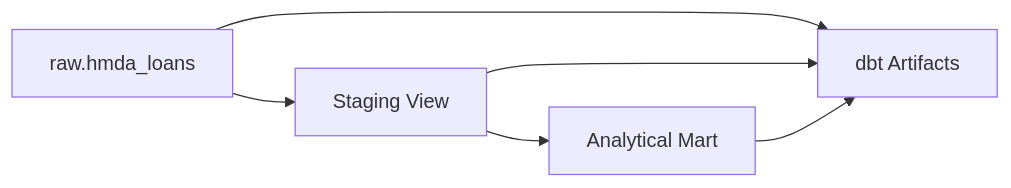
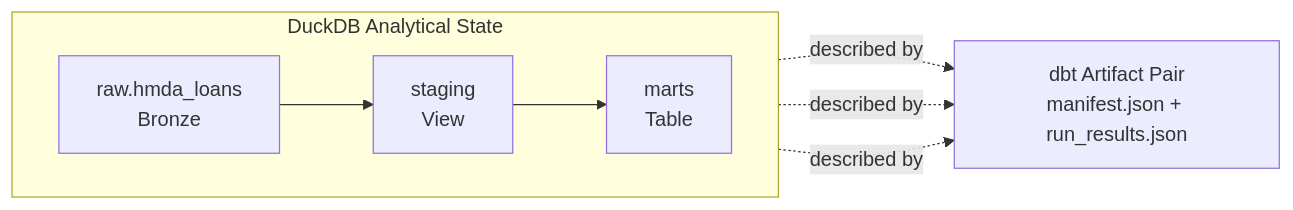
The diagram in docs/domains/data-platform.md (mols3131d/hmda-data-reliability), drawn with Mermaid before and after one commit.

Commit message:
docs: clarify data platform Mermaid flow

````diff
--- a/docs/domains/data-platform.md
+++ b/docs/domains/data-platform.md
@@ -19,8 +19,13 @@
 ```mermaid
 flowchart LR
-    bronze["raw.hmda_loans"] --> staging["Staging View"]
-    staging --> mart["Analytical Mart"]
-    bronze --> artifacts["dbt Artifacts"]
-    staging --> artifacts
-    mart --> artifacts
+    subgraph analytical_state["DuckDB Analytical State"]
+        direction LR
+        bronze["raw.hmda_loans<br/>Bronze"] --> staging["staging<br/>View"] --> mart["marts<br/>Table"]
+    end
+
+    artifacts["dbt Artifact Pair<br/>manifest.json + run_results.json"]
+
+    bronze -.->|described by| artifacts
+    staging -.->|described by| artifacts
+    mart -.->|described by| artifacts
 ```
````
